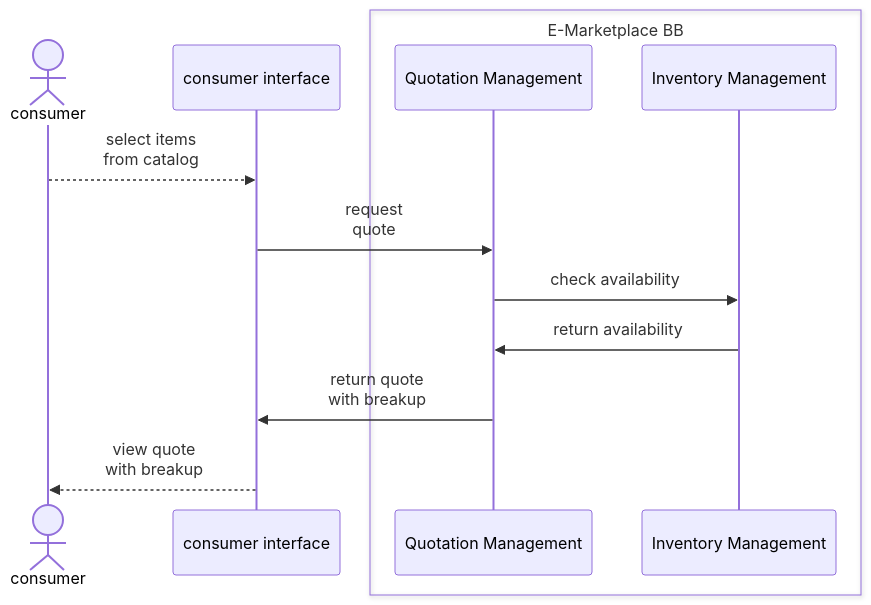
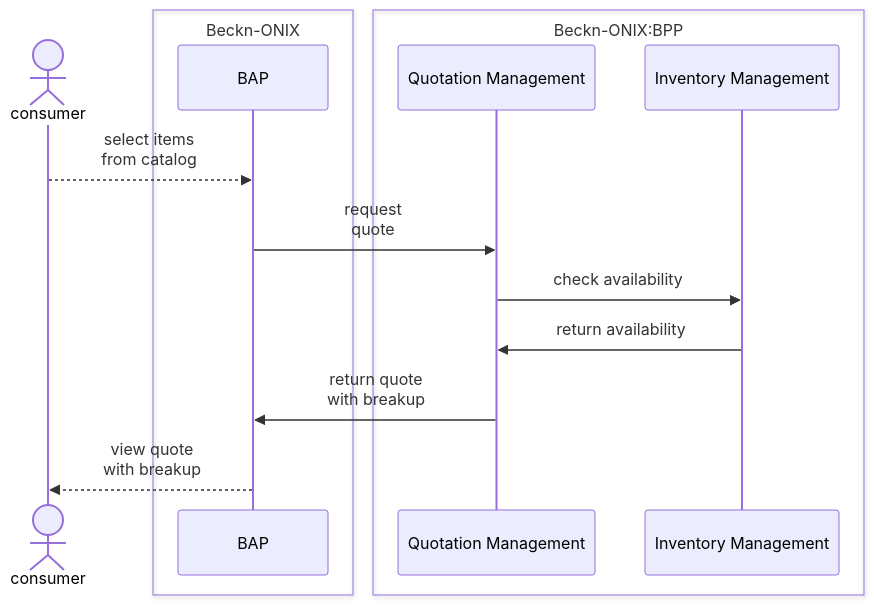
Before and after one commit to rajaneeshk90/gitbook-exp: the fourth of 17 diagrams in README.md, drawn with Mermaid. The commit also changed other lines of this file, not shown here.

Commit message:
GITBOOK-7: Updated sequence diagram for all APIs

````diff
--- a/README.md
+++ b/README.md
@@ -105,15 +126,17 @@
 ```mermaid
 sequenceDiagram
     Actor consumer
-    participant consumer interface
-    box E-Marketplace BB
+    box Beckn-ONIX
+    participant BAP
+    end
+    box Beckn-ONIX:BPP
     participant Quotation Management
     participant Inventory Management
     end
-    consumer-->>consumer interface: select items <br/> from catalog
-    consumer interface->>Quotation Management:request <br/> quote
+    consumer-->>BAP: select items <br/> from catalog
+    BAP->>Quotation Management:request <br/> quote
     Quotation Management->>Inventory Management: check availability
     Inventory Management->>Quotation Management: return availability
-    Quotation Management->>consumer interface:return quote <br/> with breakup
-    consumer interface-->>consumer: view quote <br/> with breakup
+    Quotation Management->>BAP:return quote <br/> with breakup
+    BAP-->>consumer: view quote <br/> with breakup
 ```
````
